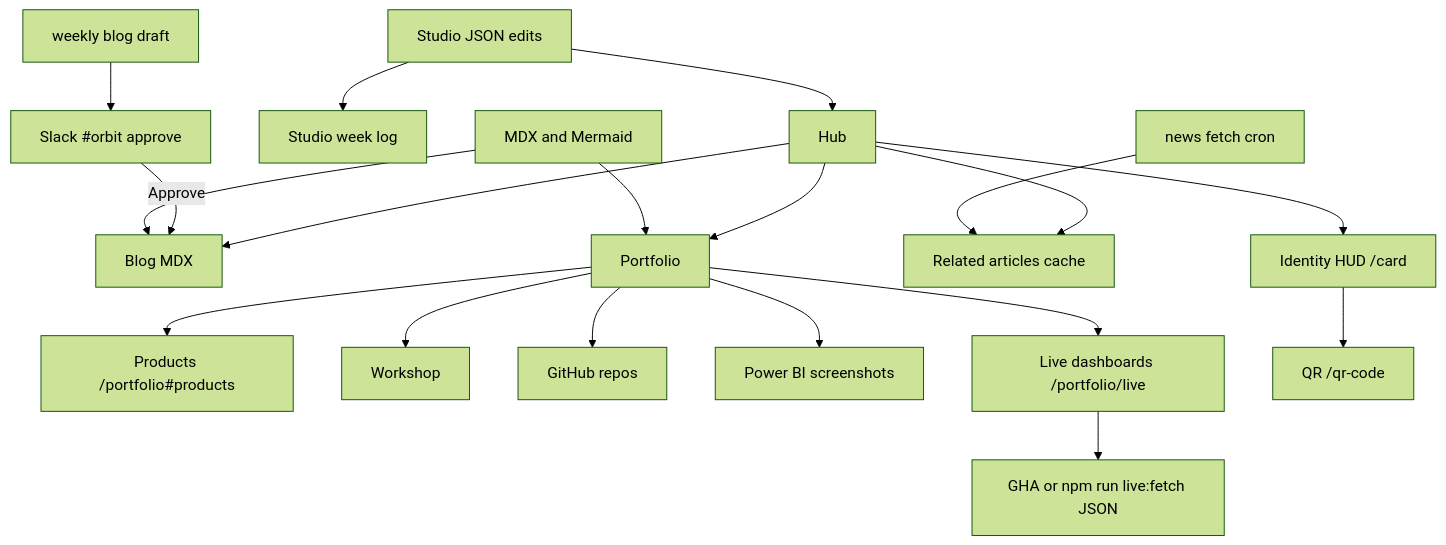
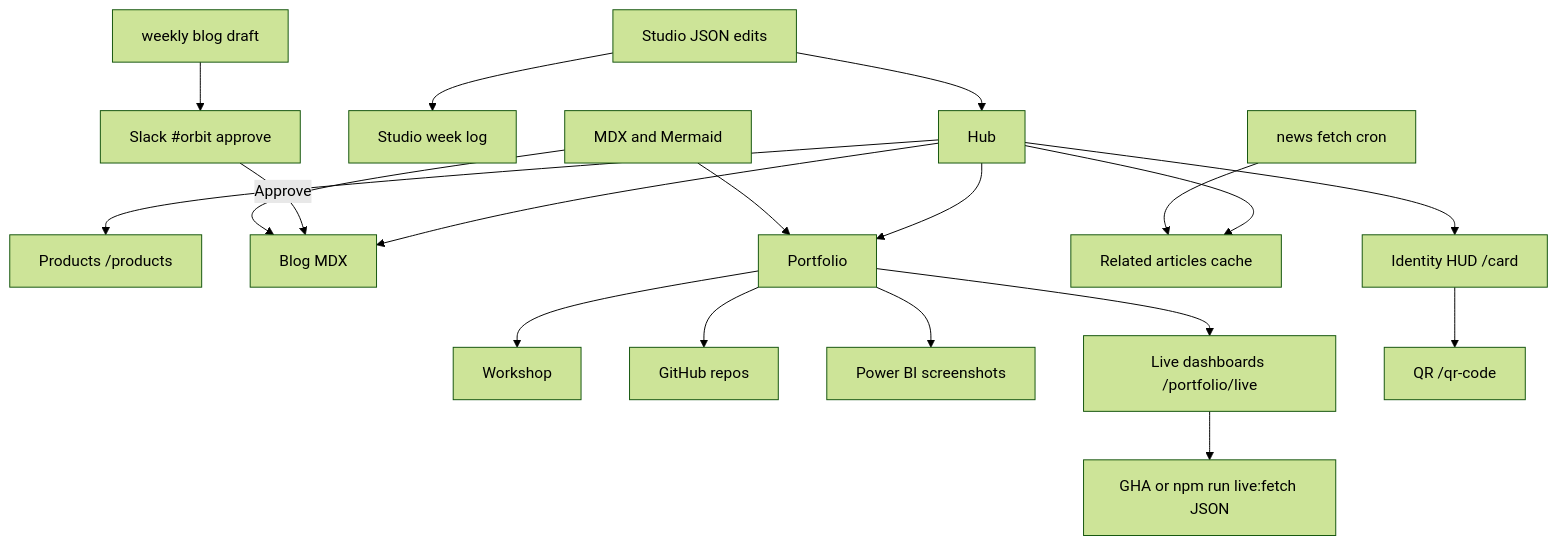
One commit to AlexTouvras/Orbit changed the diagram in docs/architecture/system-overview.md. Above: the diagram before and after it, drawn with Mermaid (forest theme). The commit also changed 20 other files, not shown here.

First line of the commit message:
Move products off Portfolio onto their own page.

````diff
--- a/docs/architecture/system-overview.md
+++ b/docs/architecture/system-overview.md
@@ -3,21 +3,21 @@
 ```mermaid
 flowchart TB
-  Hub[Hub] --> Blog[Blog MDX]
+  Hub[Hub] --> Products[Products /products]
+  Hub --> Blog[Blog MDX]
   Hub --> Portfolio[Portfolio]
-  Portfolio --> Products[Products /portfolio#products]
   Portfolio --> Workshop[Workshop]
   Portfolio --> Github[GitHub repos]
   Portfolio --> PowerBI[Power BI screenshots]
   Portfolio --> Live[Live dashboards /portfolio/live]
   Live --> Snapshots[GHA or npm run live:fetch JSON]
   Hub --> Feed[Related articles cache]
   Hub --> Card[Identity HUD /card]
   Card --> QrPage[QR /qr-code]
   Studio[Studio JSON edits] --> Hub
   Studio --> WeekLog[Studio week log]
   Cron[news fetch cron] --> Feed
   Weekly[weekly blog draft] --> Slack[Slack #orbit approve]
   Slack -->|Approve| Blog
   MDX[MDX and Mermaid] --> Blog
   MDX --> Portfolio
 ```
````
